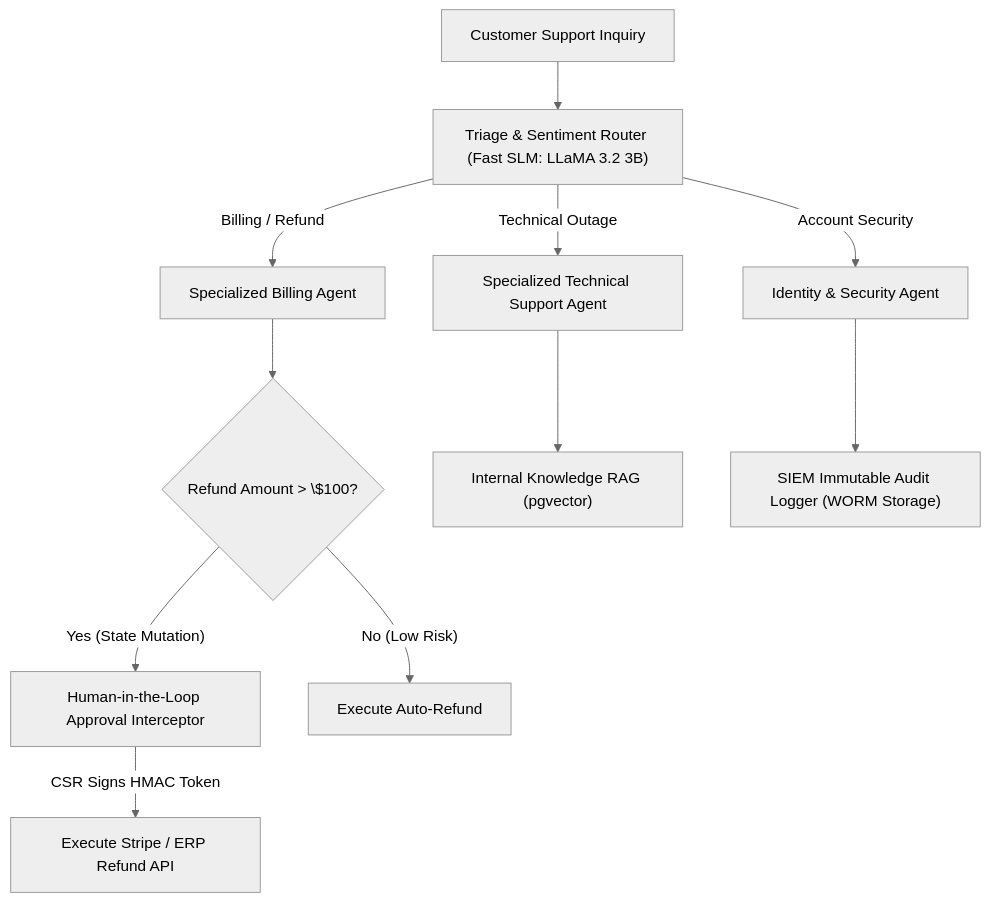
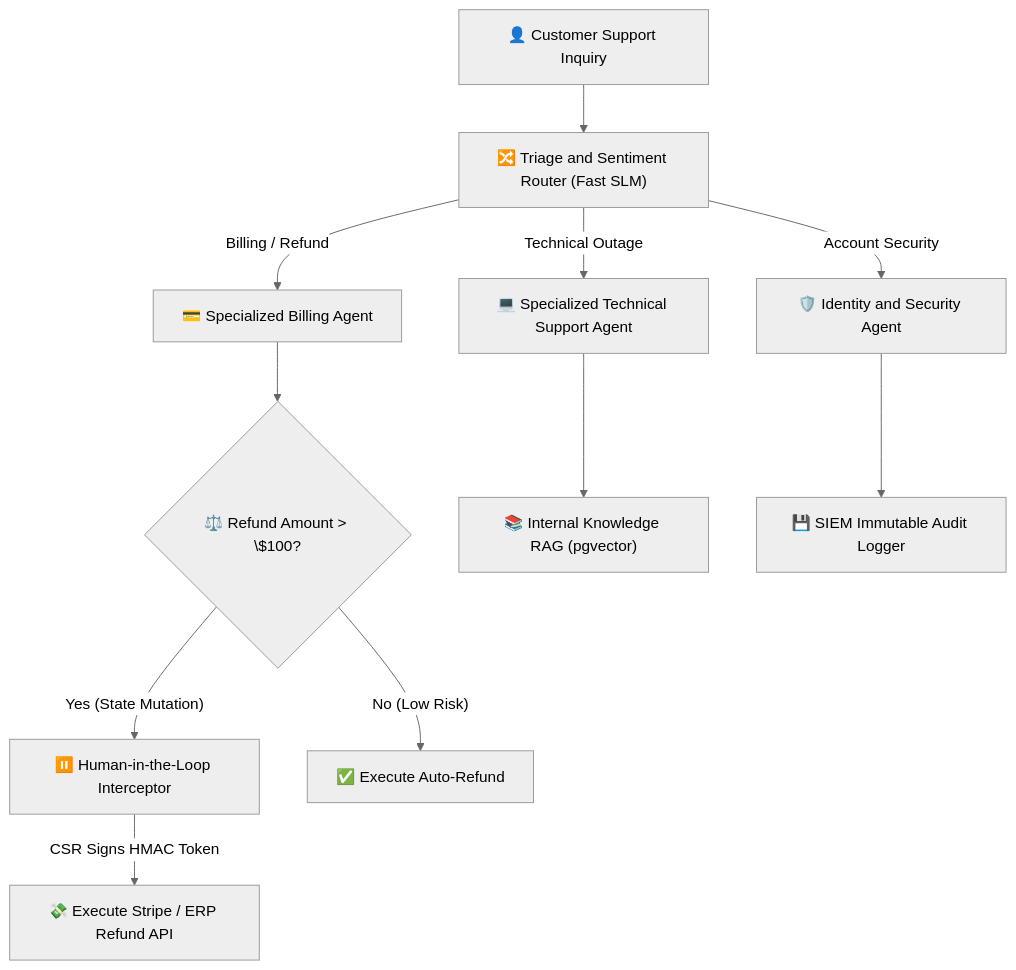
One commit to dip4k/senior-engineer-to-ai-engineer-roadmap changed the fifth of 7 diagrams in interview/80-20-ai-interview-prep-sheet.md. Above: the diagram before and after it, drawn with Mermaid (neutral theme). The commit also changed other lines of this file and 94 other files, not shown here.

Commit message:
refactor(curriculum): complete Phase 04 upgrade and enforce diagram renderer invariants

````diff
--- a/interview/80-20-ai-interview-prep-sheet.md
+++ b/interview/80-20-ai-interview-prep-sheet.md
@@ -167,16 +168,16 @@
 ```mermaid
 flowchart TD
-    UserMsg["Customer Support Inquiry"] --> TriageRouter["Triage & Sentiment Router (Fast SLM: LLaMA 3.2 3B)"]
+    UserMsg["👤 Customer Support Inquiry"] --> TriageRouter["🔀 Triage and Sentiment Router (Fast SLM)"]
     
-    TriageRouter -->|"Billing / Refund"| BillingAgent["Specialized Billing Agent"]
-    TriageRouter -->|"Technical Outage"| TechAgent["Specialized Technical Support Agent"]
-    TriageRouter -->|"Account Security"| SecurityAgent["Identity & Security Agent"]
+    TriageRouter -->|"Billing / Refund"| BillingAgent["💳 Specialized Billing Agent"]
+    TriageRouter -->|"Technical Outage"| TechAgent["💻 Specialized Technical Support Agent"]
+    TriageRouter -->|"Account Security"| SecurityAgent["🛡️ Identity and Security Agent"]
     
-    BillingAgent --> RefundAction{"Refund Amount > \$100?"}
-    RefundAction -->|"Yes (State Mutation)"| HITLGate["Human-in-the-Loop Approval Interceptor"]
-    HITLGate -->|"CSR Signs HMAC Token"| ExecuteRefund["Execute Stripe / ERP Refund API"]
-    RefundAction -->|"No (Low Risk)"| AutoRefund["Execute Auto-Refund"]
+    BillingAgent --> RefundAction{"⚖️ Refund Amount > \$100?"}
+    RefundAction -->|"Yes (State Mutation)"| HITLGate["⏸️ Human-in-the-Loop Interceptor"]
+    HITLGate -->|"CSR Signs HMAC Token"| ExecuteRefund["💸 Execute Stripe / ERP Refund API"]
+    RefundAction -->|"No (Low Risk)"| AutoRefund["✅ Execute Auto-Refund"]
     
-    TechAgent --> KnowledgeBase["Internal Knowledge RAG (pgvector)"]
-    SecurityAgent --> AuditTrail["SIEM Immutable Audit Logger (WORM Storage)"]
+    TechAgent --> KnowledgeBase["📚 Internal Knowledge RAG (pgvector)"]
+    SecurityAgent --> AuditTrail["💾 SIEM Immutable Audit Logger"]
 ```
````
